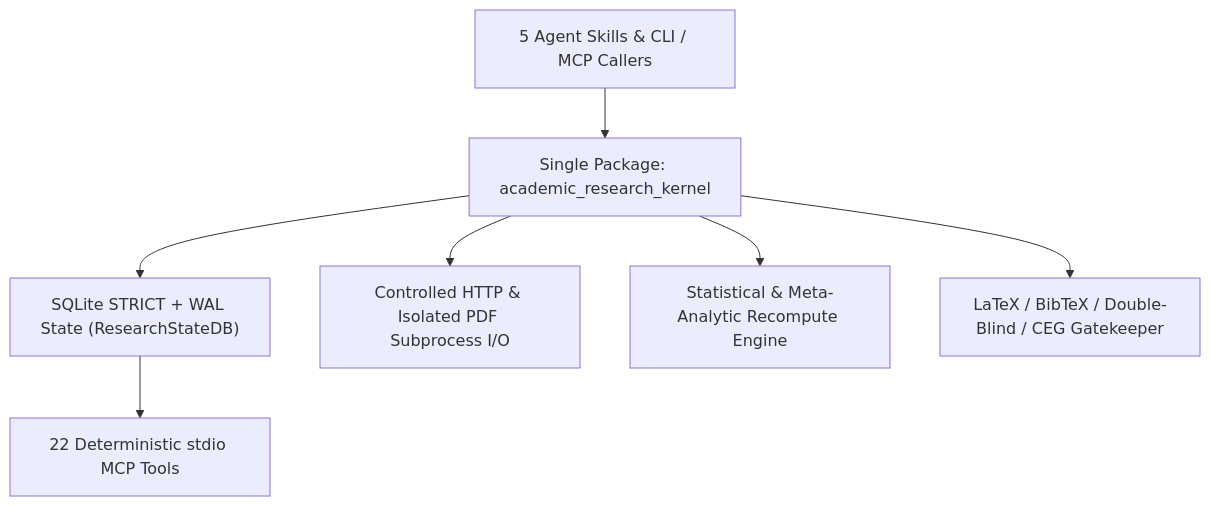
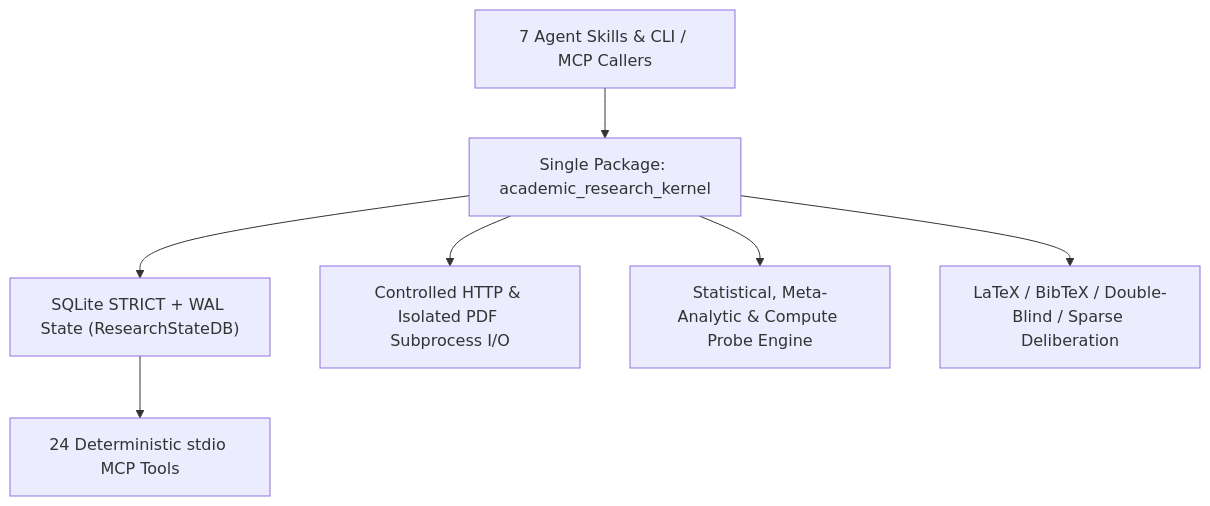
Before and after one commit to xngg1021/academic-research-kernel: the diagram in docs/kernel-architecture.md, drawn with Mermaid. The commit also changed other lines of this file and 34 other files, not shown here.

Commit message:
feat(v3.0.0): restore full 14-skill capabilities into 7 first-principles skills and 24 MCP tools

````diff
--- a/docs/kernel-architecture.md
+++ b/docs/kernel-architecture.md
@@ -9,9 +9,9 @@
 ```mermaid
 flowchart TD
-    A["5 Agent Skills & CLI / MCP Callers"] --> B["Single Package: academic_research_kernel"]
+    A["7 Agent Skills & CLI / MCP Callers"] --> B["Single Package: academic_research_kernel"]
     B --> C["SQLite STRICT + WAL State (ResearchStateDB)"]
     B --> D["Controlled HTTP & Isolated PDF Subprocess I/O"]
-    B --> E["Statistical & Meta-Analytic Recompute Engine"]
-    B --> F["LaTeX / BibTeX / Double-Blind / CEG Gatekeeper"]
-    C --> G["22 Deterministic stdio MCP Tools"]
+    B --> E["Statistical, Meta-Analytic & Compute Probe Engine"]
+    B --> F["LaTeX / BibTeX / Double-Blind / Sparse Deliberation"]
+    C --> G["24 Deterministic stdio MCP Tools"]
 ```
````
